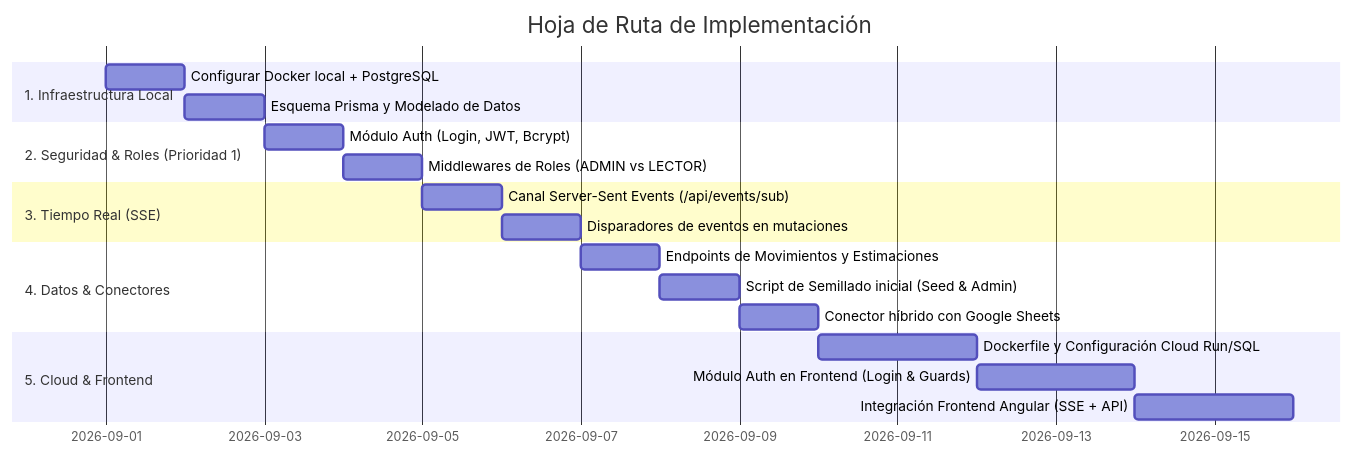
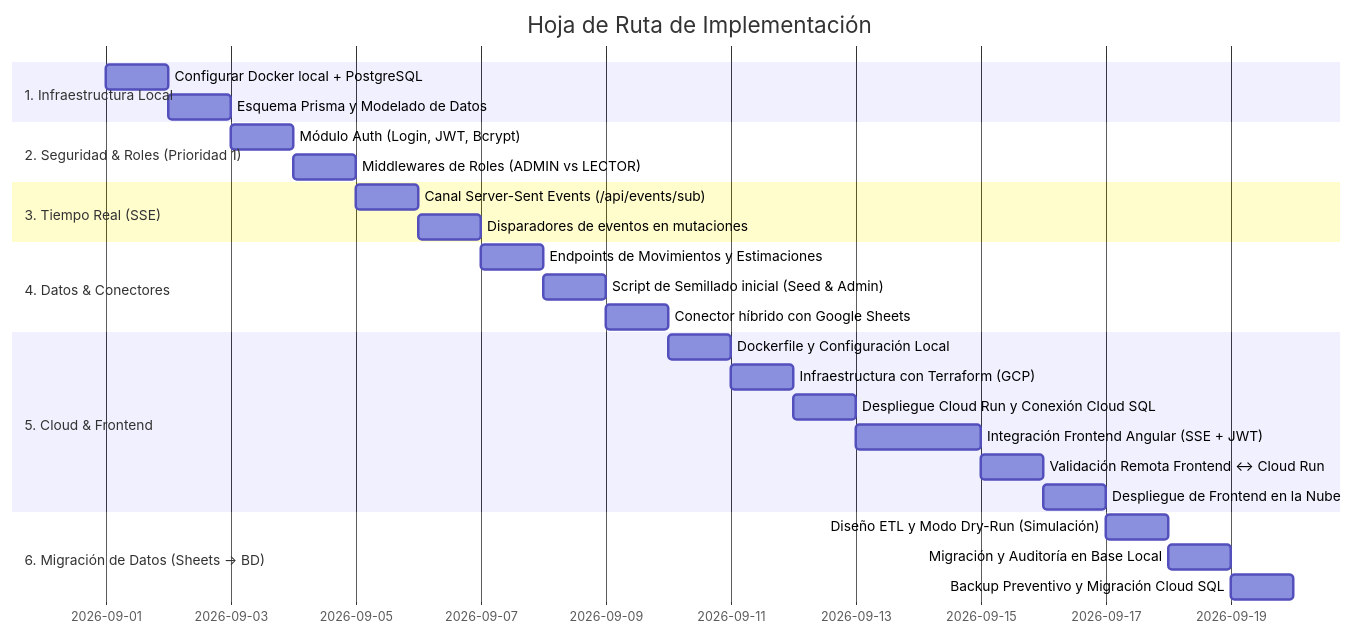
Before and after one commit to davidlescano1991/control-de-gastos-front: the fourth of 4 diagrams in PLAN_MIGRACION_CLOUD_API.md, drawn with Mermaid. The commit also changed other lines of this file and 9 other files, not shown here.

Commit message:
Infraestructura como Código (IaC) con Terraform y Despliegue en GCP

````diff
--- a/PLAN_MIGRACION_CLOUD_API.md
+++ b/PLAN_MIGRACION_CLOUD_API.md
@@ -232,22 +232,29 @@
 ```mermaid
 gantt
     title Hoja de Ruta de Implementación
     dateFormat  YYYY-MM-DD
     section 1. Infraestructura Local
     Configurar Docker local + PostgreSQL       :a1, 2026-09-01, 1d
     Esquema Prisma y Modelado de Datos         :a2, after a1, 1d
     section 2. Seguridad & Roles (Prioridad 1)
     Módulo Auth (Login, JWT, Bcrypt)           :b1, after a2, 1d
     Middlewares de Roles (ADMIN vs LECTOR)     :b2, after b1, 1d
     section 3. Tiempo Real (SSE)
     Canal Server-Sent Events (/api/events/sub) :c1, after b2, 1d
     Disparadores de eventos en mutaciones      :c2, after c1, 1d
     section 4. Datos & Conectores
     Endpoints de Movimientos y Estimaciones    :d1, after c2, 1d
     Script de Semillado inicial (Seed & Admin) :d2, after d1, 1d
     Conector híbrido con Google Sheets         :d3, after d2, 1d
     section 5. Cloud & Frontend
-    Dockerfile y Configuración Cloud Run/SQL   :e1, after d3, 2d
-    Módulo Auth en Frontend (Login & Guards)   :e2, after e1, 2d
-    Integración Frontend Angular (SSE + API)   :e3, after e2, 2d
+    Dockerfile y Configuración Local           :e1, after d3, 1d
+    Infraestructura con Terraform (GCP)        :e2, after e1, 1d
+    Despliegue Cloud Run y Conexión Cloud SQL  :e3, after e2, 1d
+    Integración Frontend Angular (SSE + JWT)   :e4, after e3, 2d
+    Validación Remota Frontend ↔ Cloud Run     :e5, after e4, 1d
+    Despliegue de Frontend en la Nube          :e6, after e5, 1d
+    section 6. Migración de Datos (Sheets -> BD)
+    Diseño ETL y Modo Dry-Run (Simulación)     :f1, after e6, 1d
+    Migración y Auditoría en Base Local        :f2, after f1, 1d
+    Backup Preventivo y Migración Cloud SQL    :f3, after f2, 1d
 ```
````
